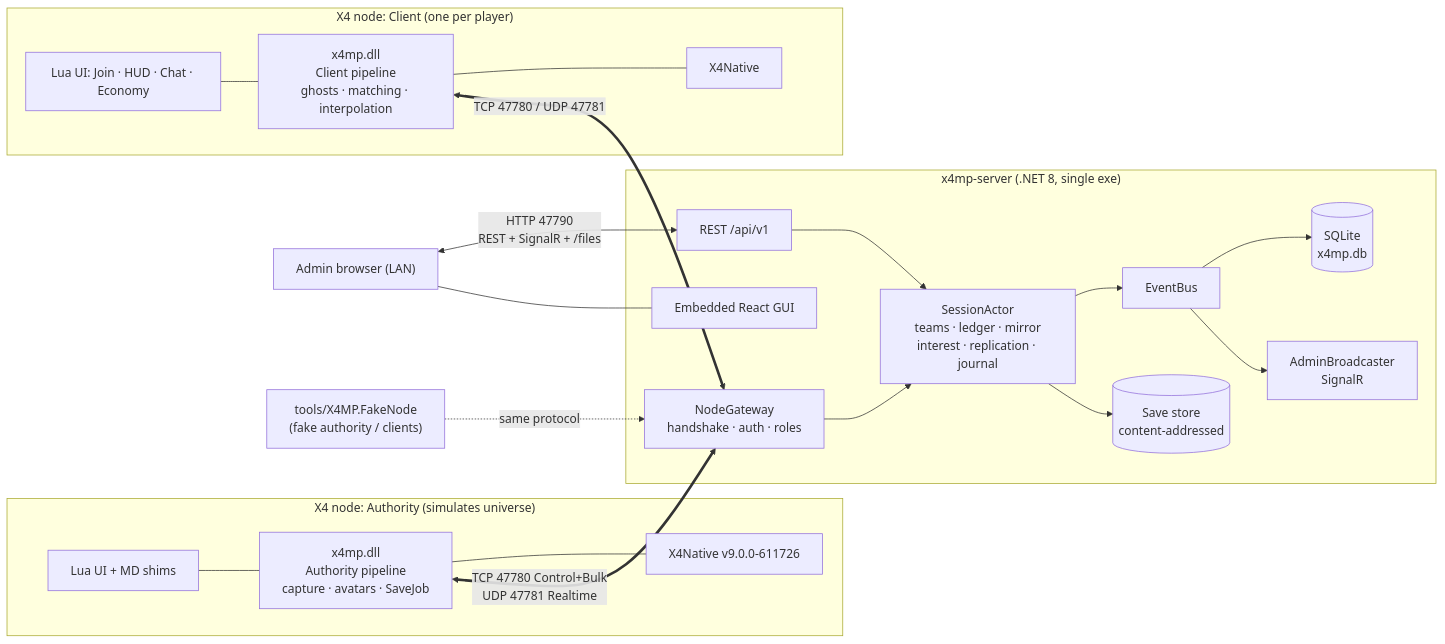
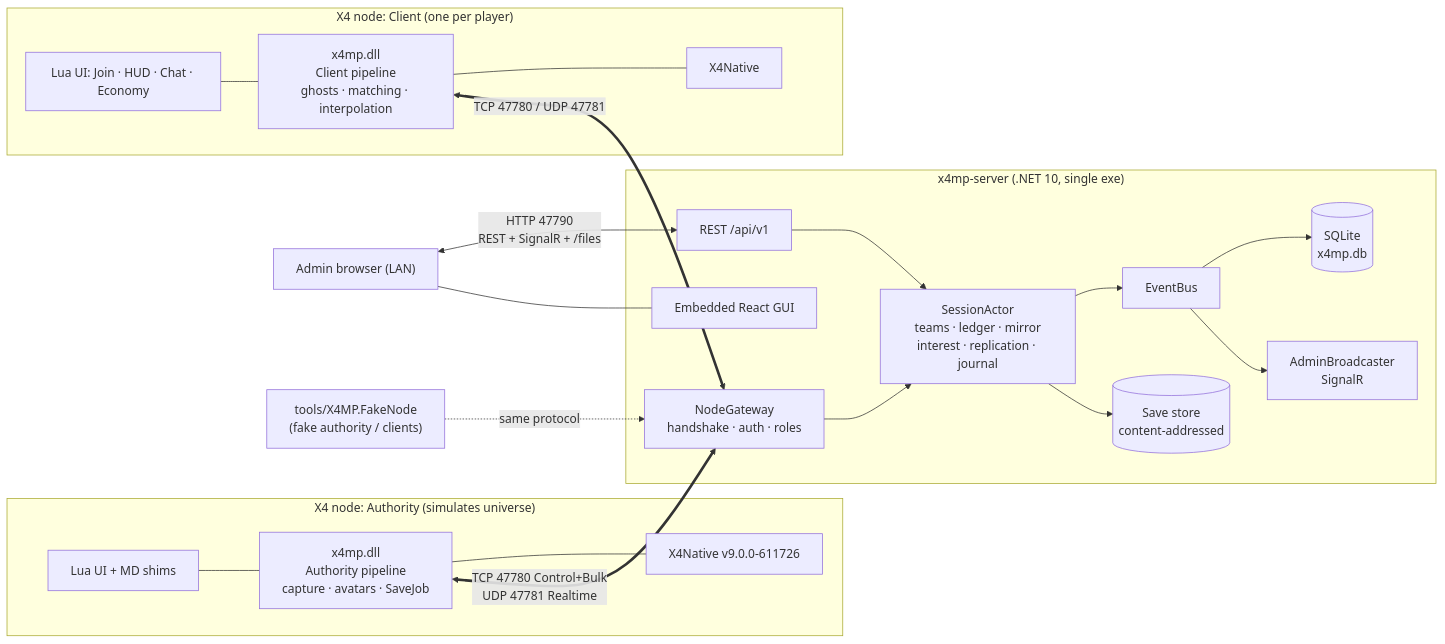
The first of 2 diagrams in docs/architecture.md (mercurynova/X4-Multiplayer), drawn with Mermaid before and after one commit. The commit also changed 9 other files, not shown here.

First line of the commit message:
Switch server stack from .NET 8 to .NET 10 (ADR-001 amended)

````diff
--- a/docs/architecture.md
+++ b/docs/architecture.md
@@ -35,25 +35,25 @@
 ```mermaid
 flowchart LR
   subgraph AUTH["X4 node: Authority (simulates universe)"]
     A_LUA["Lua UI + MD shims"] --- A_DLL["x4mp.dll<br/>Authority pipeline<br/>capture · avatars · SaveJob"]
     A_DLL --- A_X4N["X4Native v9.0.0-611726"]
   end
   subgraph CLI["X4 node: Client (one per player)"]
     C_LUA["Lua UI: Join · HUD · Chat · Economy"] --- C_DLL["x4mp.dll<br/>Client pipeline<br/>ghosts · matching · interpolation"]
     C_DLL --- C_X4N["X4Native"]
   end
-  subgraph SRV["x4mp-server (.NET 8, single exe)"]
+  subgraph SRV["x4mp-server (.NET 10, single exe)"]
     GW["NodeGateway<br/>handshake · auth · roles"] --> ACT["SessionActor<br/>teams · ledger · mirror<br/>interest · replication · journal"]
     ACT --> BUS["EventBus"]
     BUS --> DB[("SQLite<br/>x4mp.db")]
     BUS --> HUB["AdminBroadcaster<br/>SignalR"]
     ACT --> SAVES[("Save store<br/>content-addressed")]
     API["REST /api/v1"] --> ACT
     SPA["Embedded React GUI"]
   end
   A_DLL <== "TCP 47780 Control+Bulk<br/>UDP 47781 Realtime" ==> GW
   C_DLL <== "TCP 47780 / UDP 47781" ==> GW
   BROWSER["Admin browser (LAN)"] <-- "HTTP 47790<br/>REST + SignalR + /files" --> API
   BROWSER --- SPA
   FAKE["tools/X4MP.FakeNode<br/>(fake authority / clients)"] -. "same protocol" .-> GW
 ```
````
